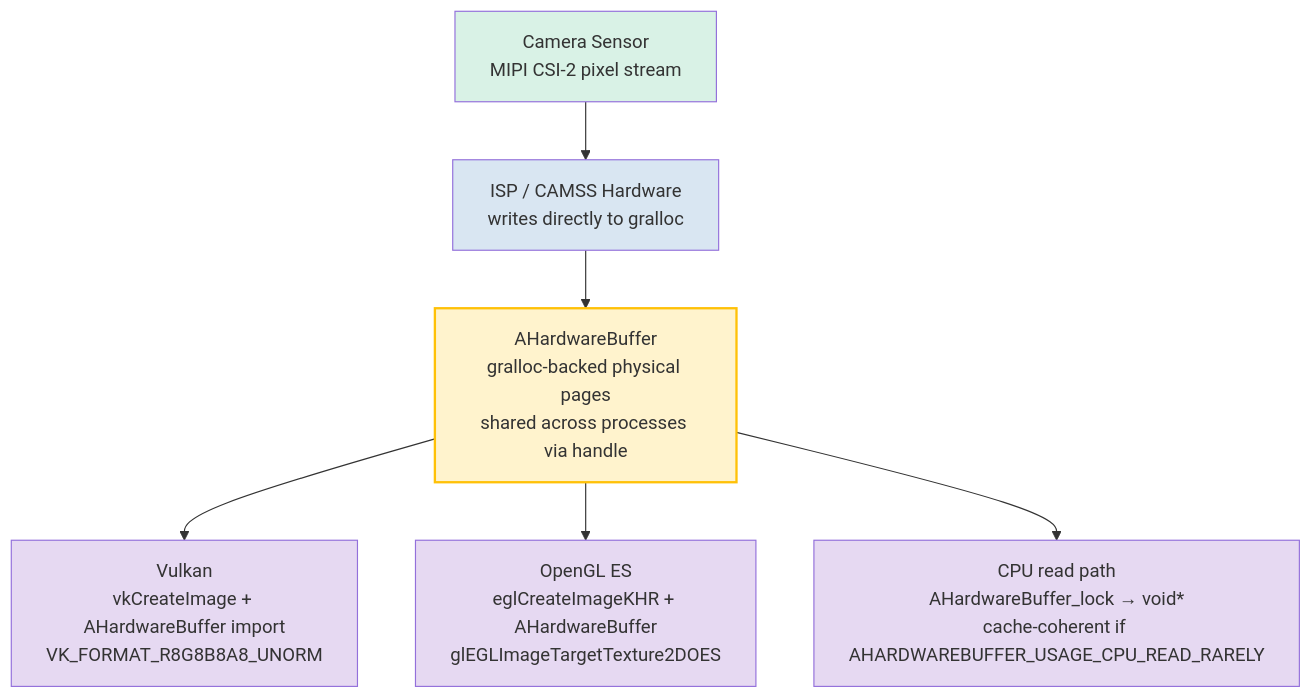
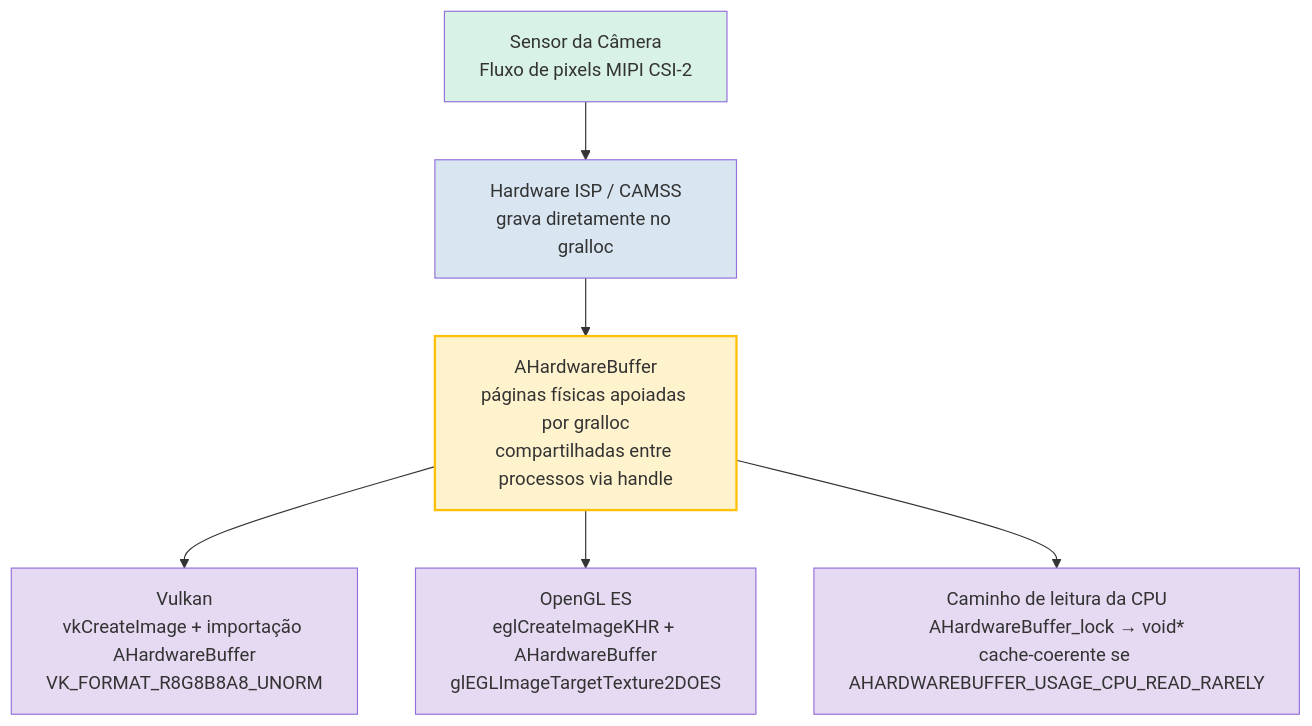
One commit to zoozooll/AndroidCameraParameters changed the diagram in website/i18n/pt-BR/docusaurus-plugin-content-docs/current/camera2/native-camera-development.md. Above: the diagram before and after it, drawn with Mermaid. The commit also changed other lines of this file and 378 other files, not shown here.

Commit message:
Update Android Camera Parameters repository links across localized Camera2 documentation

````diff
--- a/website/i18n/pt-BR/docusaurus-plugin-content-docs/current/camera2/native-camera-development.md
+++ b/website/i18n/pt-BR/docusaurus-plugin-content-docs/current/camera2/native-camera-development.md
@@ -177,15 +177,15 @@
 ```mermaid
 graph TB
-    A[Camera Sensor<br/>MIPI CSI-2 pixel stream] --> B[ISP / CAMSS Hardware<br/>writes directly to gralloc]
-    B --> C[AHardwareBuffer<br/>gralloc-backed physical pages<br/>shared across processes via handle]
-    C --> D1[Vulkan<br/>vkCreateImage + AHardwareBuffer import<br/>VK_FORMAT_R8G8B8A8_UNORM]
+    A["Sensor da Câmera<br/>Fluxo de pixels MIPI CSI-2"] --> B["Hardware ISP / CAMSS<br/>grava diretamente no gralloc"]
+    B --> C[AHardwareBuffer<br/>páginas físicas apoiadas por gralloc<br/>compartilhadas entre processos via handle]
+    C --> D1[Vulkan<br/>vkCreateImage + importação AHardwareBuffer<br/>VK_FORMAT_R8G8B8A8_UNORM]
     C --> D2[OpenGL ES<br/>eglCreateImageKHR + AHardwareBuffer<br/>glEGLImageTargetTexture2DOES]
-    C --> D3[CPU read path<br/>AHardwareBuffer_lock → void*<br/>cache-coherent if AHARDWAREBUFFER_USAGE_CPU_READ_RARELY]
+    C --> D3[Caminho de leitura da CPU<br/>AHardwareBuffer_lock → void*<br/>cache-coerente se AHARDWAREBUFFER_USAGE_CPU_READ_RARELY]
 
     style A fill:#d9f2e6
     style B fill:#d9e6f2
     style C fill:#fff3cd,stroke:#ffc107,stroke-width:2px
     style D1 fill:#e6d9f2
     style D2 fill:#e6d9f2
     style D3 fill:#e6d9f2
 ```
````
